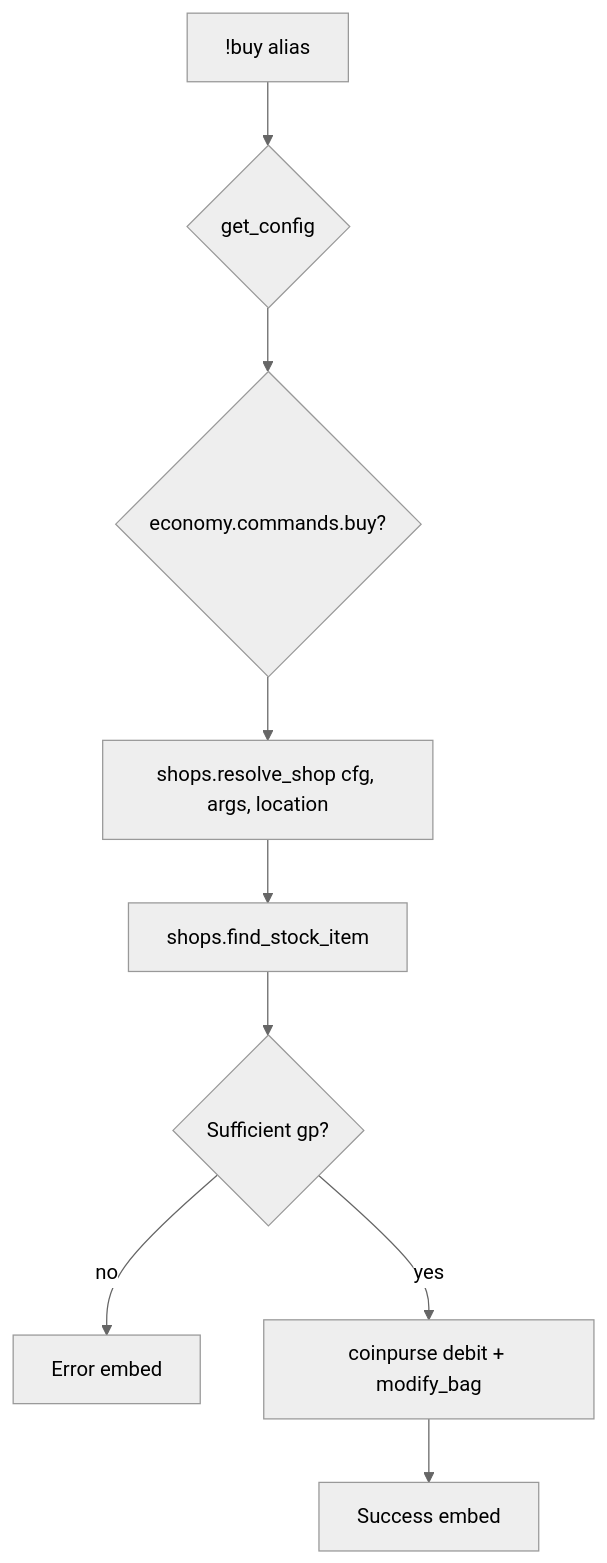
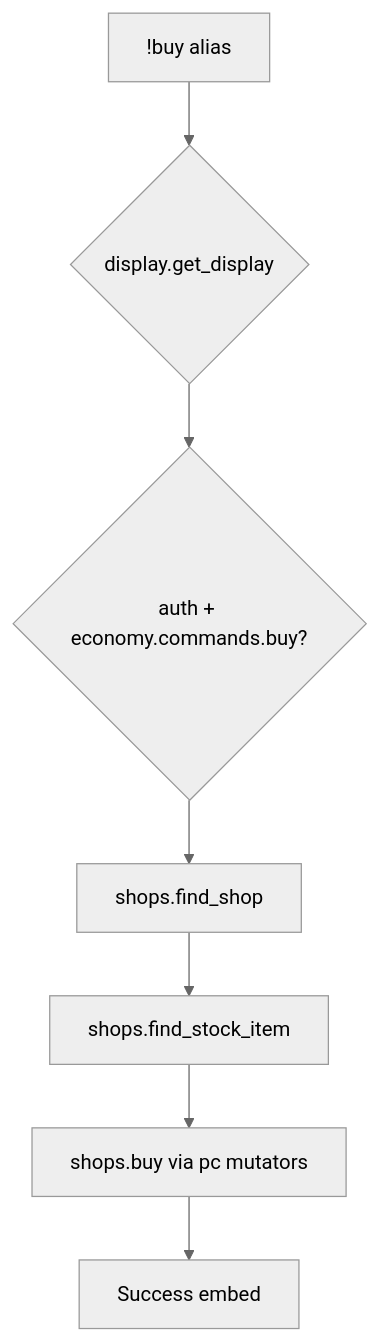
One commit to Sykander/westmarch-generic changed the diagram in docs/internal/projects/westmarch-statement/aliases/economy/buy.md. Above: the diagram before and after it, drawn with Mermaid (neutral theme). The commit also changed other lines of this file and 64 other files, not shown here.

````diff
--- a/docs/internal/projects/westmarch-statement/aliases/economy/buy.md
+++ b/docs/internal/projects/westmarch-statement/aliases/economy/buy.md
@@ -40,11 +38,9 @@
 ```mermaid
 flowchart TD
-  A[!buy alias] --> B{get_config}
-  B --> C{economy.commands.buy?}
-  C --> D[shops.resolve_shop cfg, args, location]
+  A[!buy alias] --> B{display.get_display}
+  B --> C{auth + economy.commands.buy?}
+  C --> D[shops.find_shop]
   D --> E[shops.find_stock_item]
-  E --> F{Sufficient gp?}
-  F -->|no| G[Error embed]
-  F -->|yes| H[coinpurse debit + modify_bag]
-  H --> I[Success embed]
+  E --> F[shops.buy via pc mutators]
+  F --> G[Success embed]
 ```
````
